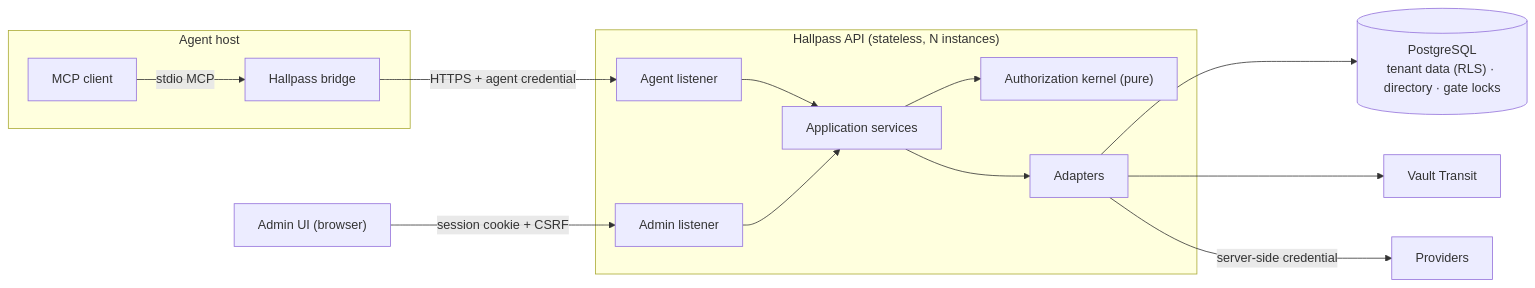
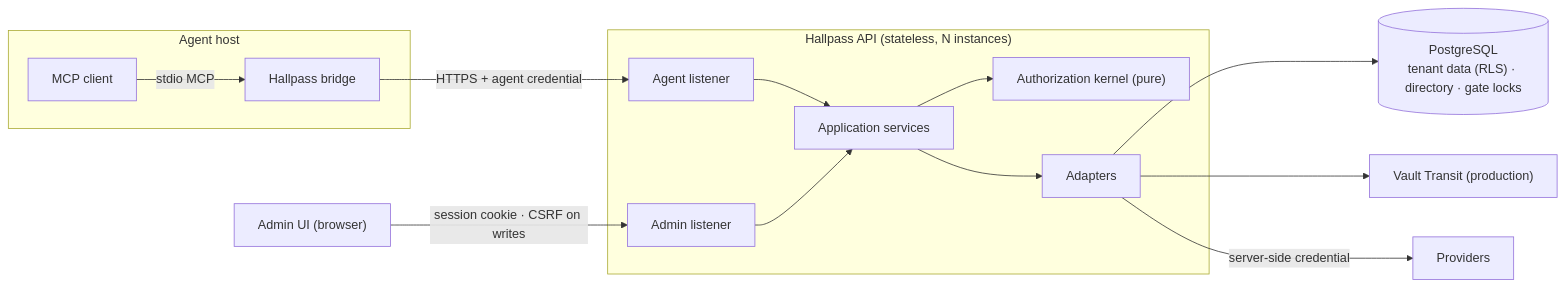
Before and after one commit to amurph491/hallpass-public: the first of 6 diagrams in docs/system-design.md, drawn with Mermaid. The commit also changed other lines of this file, not shown here.

Commit message:
Align system design diagrams with the implementation

````diff
--- a/docs/system-design.md
+++ b/docs/system-design.md
@@ -55,24 +55,24 @@
 ```mermaid
 flowchart LR
   subgraph Client["Agent host"]
     MC["MCP client"] -- "stdio MCP" --> BR["Hallpass bridge"]
   end
   UI["Admin UI (browser)"]
 
   subgraph Server["Hallpass API (stateless, N instances)"]
     AGL["Agent listener"] --> APP["Application services"]
     ADL["Admin listener"] --> APP
     APP --> K["Authorization kernel (pure)"]
     APP --> AD["Adapters"]
   end
 
   PG[("PostgreSQL<br/>tenant data (RLS) · directory · gate locks")]
-  KMS["Vault Transit"]
+  KMS["Vault Transit (production)"]
   PROV["Providers"]
 
   BR -- "HTTPS + agent credential" --> AGL
-  UI -- "session cookie + CSRF" --> ADL
+  UI -- "session cookie · CSRF on writes" --> ADL
   AD --> PG
   AD --> KMS
   AD -- "server-side credential" --> PROV
 ```
````
